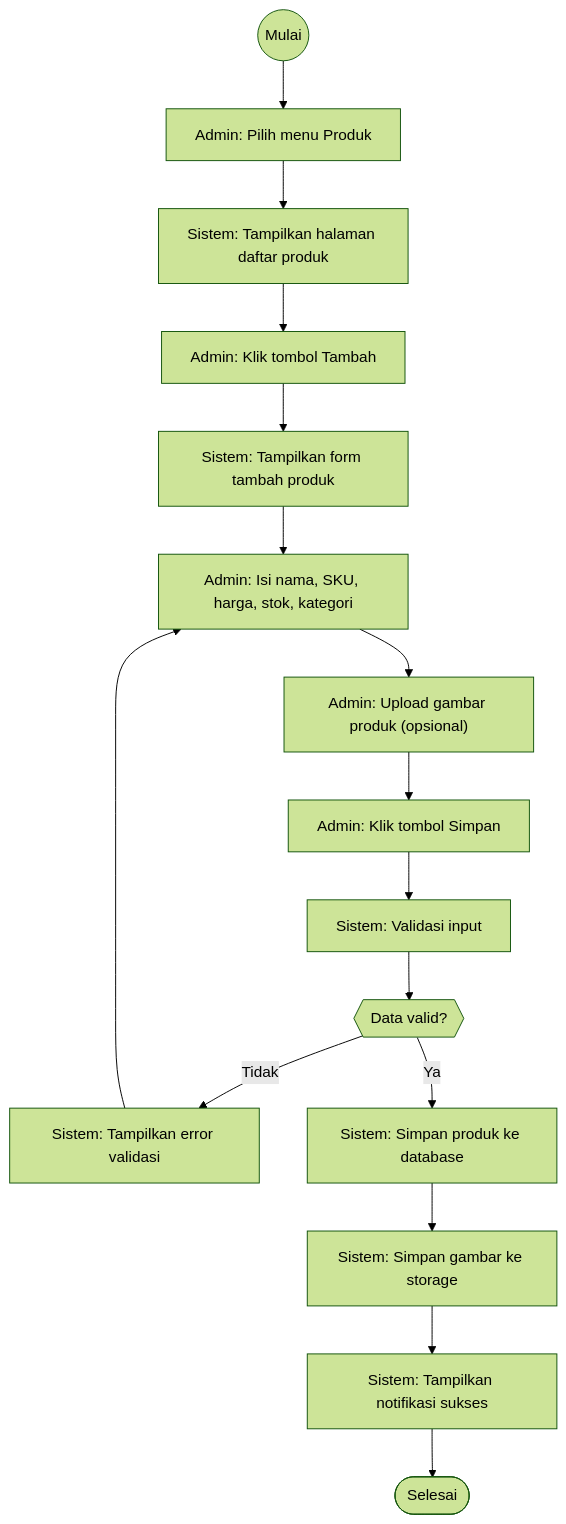
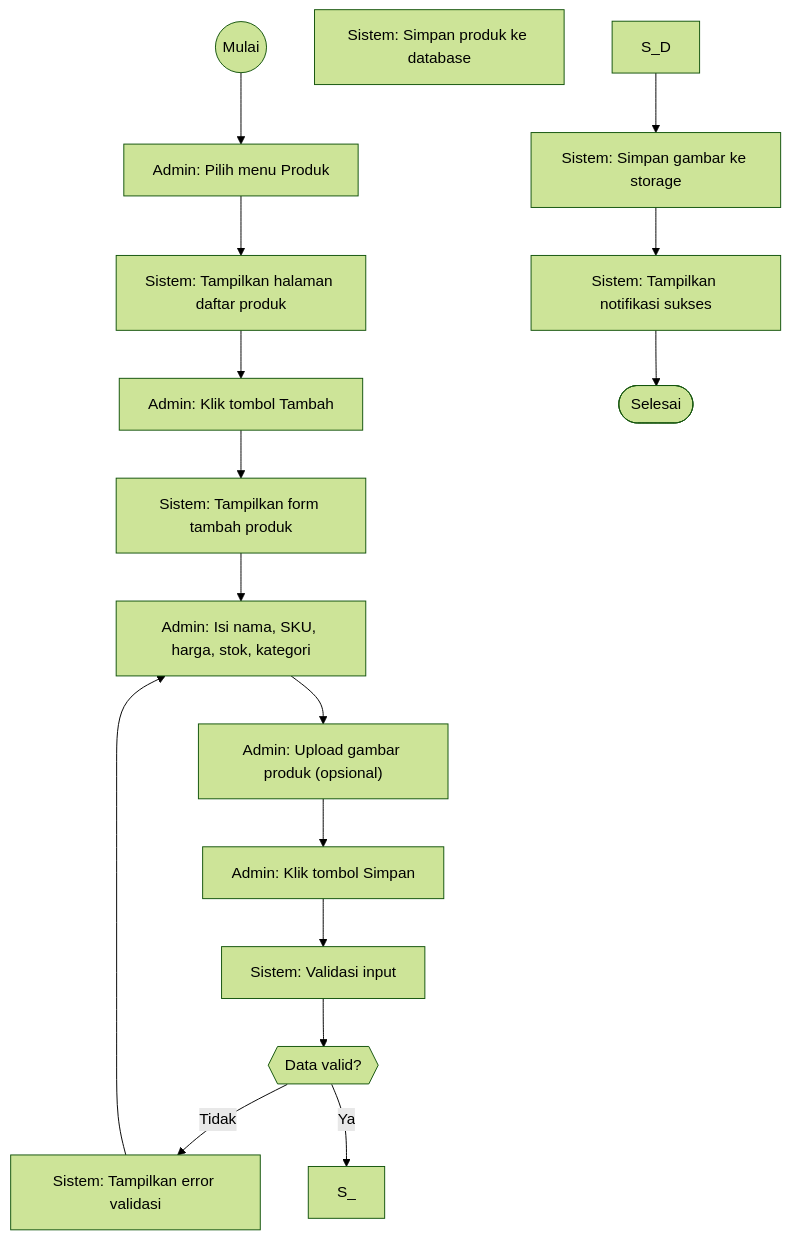
The eighth of 40 diagrams in docs/4.2-perancangan-sistem.md (devWebs01/POS-DW), drawn with Mermaid (forest theme) before and after one commit. The commit also changed other lines of this file, not shown here.

````diff
--- a/docs/4.2-perancangan-sistem.md
+++ b/docs/4.2-perancangan-sistem.md
@@ -1034,28 +1061,29 @@
 ```mermaid
 flowchart TD
   start((Mulai))
   A_A["Admin: Pilih menu Produk"]
   start --> A_A
   S_A["Sistem: Tampilkan halaman daftar produk"]
   A_A --> S_A
   A_B["Admin: Klik tombol Tambah"]
   S_A --> A_B
   S_B["Sistem: Tampilkan form tambah produk"]
   A_B --> S_B
   A_C["Admin: Isi nama, SKU, harga, stok, kategori"]
   S_B --> A_C
   A_D["Admin: Upload gambar produk (opsional)"]
   A_C --> A_D
   A_E["Admin: Klik tombol Simpan"]
   A_D --> A_E
   S_C["Sistem: Validasi input"]
   A_E --> S_C
   D_A{{"Data valid?"}}
   S_C --> D_A
   D_A -->|Tidak| E_A["Sistem: Tampilkan error validasi"]
   E_A --> A_C
-  D_A -->|Ya| S_D["Sistem: Simpan produk ke database"]
+  D_A -->|Ya| S_
+D["Sistem: Simpan produk ke database"]
   S_D --> S_E["Sistem: Simpan gambar ke storage"]
   S_E --> S_F["Sistem: Tampilkan notifikasi sukses"]
   S_F --> end_success([Selesai])
 ```
````
